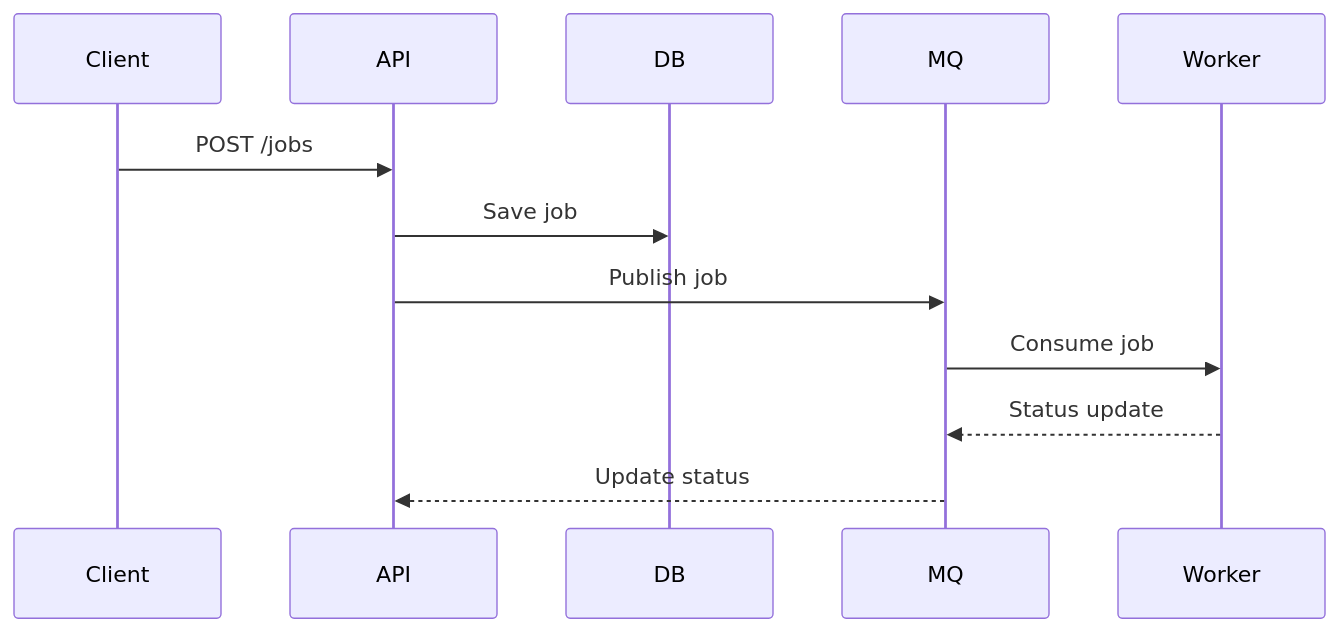
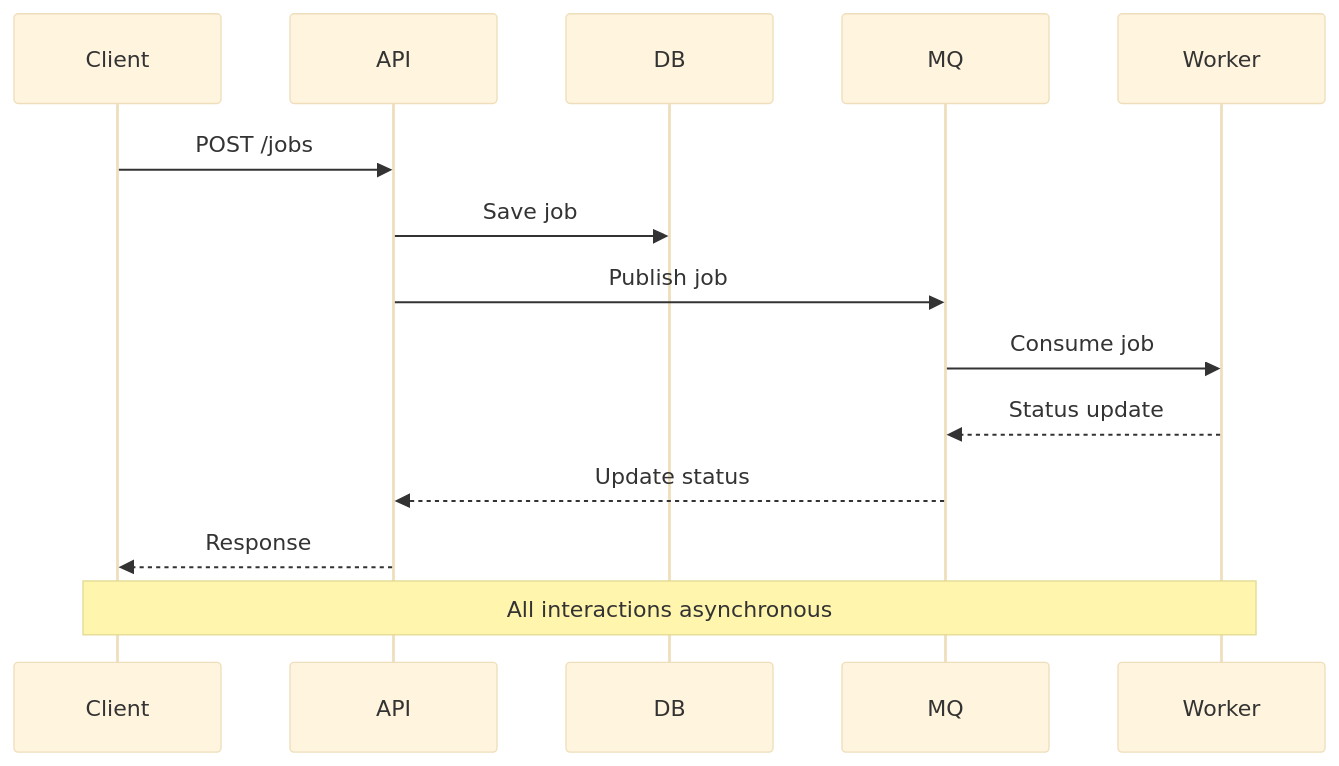
The second of 5 diagrams in AGENT.md (hwangjongtaek/orc-ray-agent), drawn with Mermaid before and after one commit. The commit also changed other lines of this file and 1 other file, not shown here.

Commit message:
Enforce Mermaid diagram standards and light/dark mode compatibility in AGENT.md and README.md

````diff
--- a/AGENT.md
+++ b/AGENT.md
@@ -452,9 +480,19 @@
 ```mermaid
+%%{init: {'theme':'base'}}%%
 sequenceDiagram
+    participant Client
+    participant API
+    participant DB
+    participant MQ
+    participant Worker
+
     Client->>API: POST /jobs
     API->>DB: Save job
     API->>MQ: Publish job
     MQ->>Worker: Consume job
     Worker-->>MQ: Status update
     MQ-->>API: Update status
+    API-->>Client: Response
+
+    Note over Client,Worker: All interactions asynchronous
 ```
````
